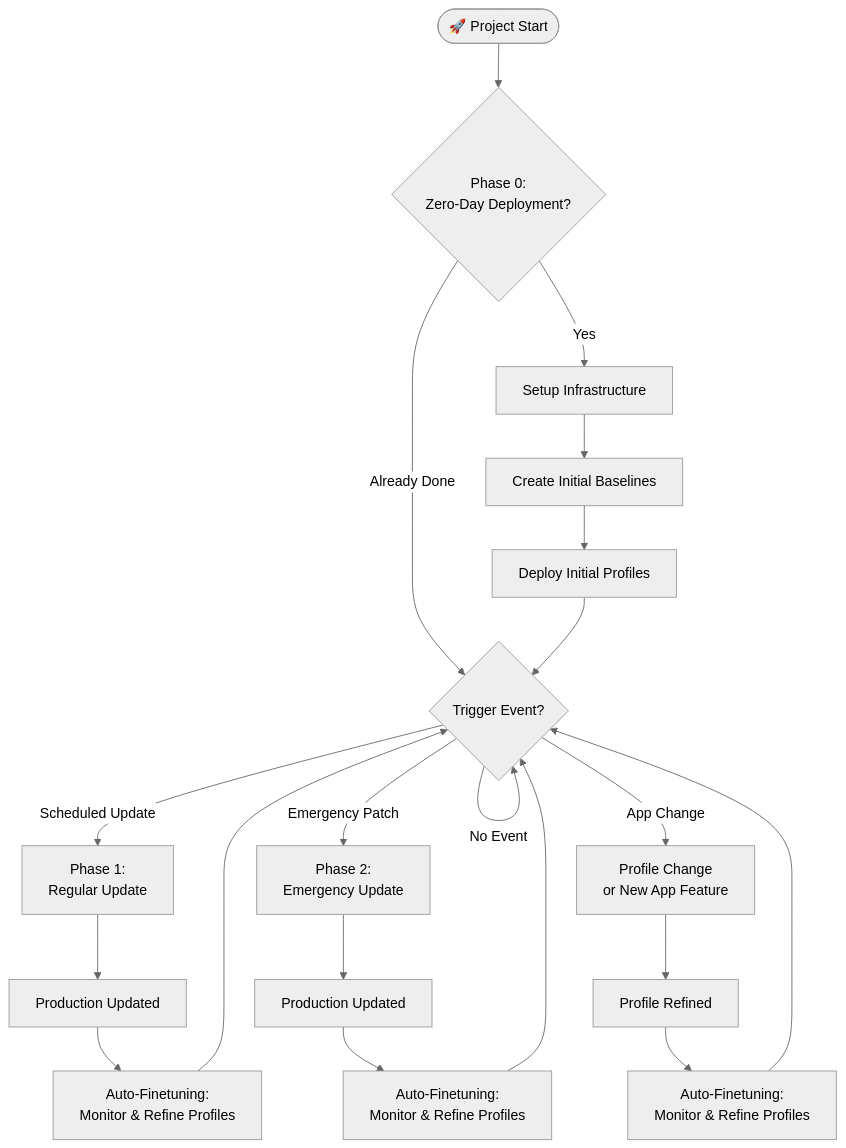
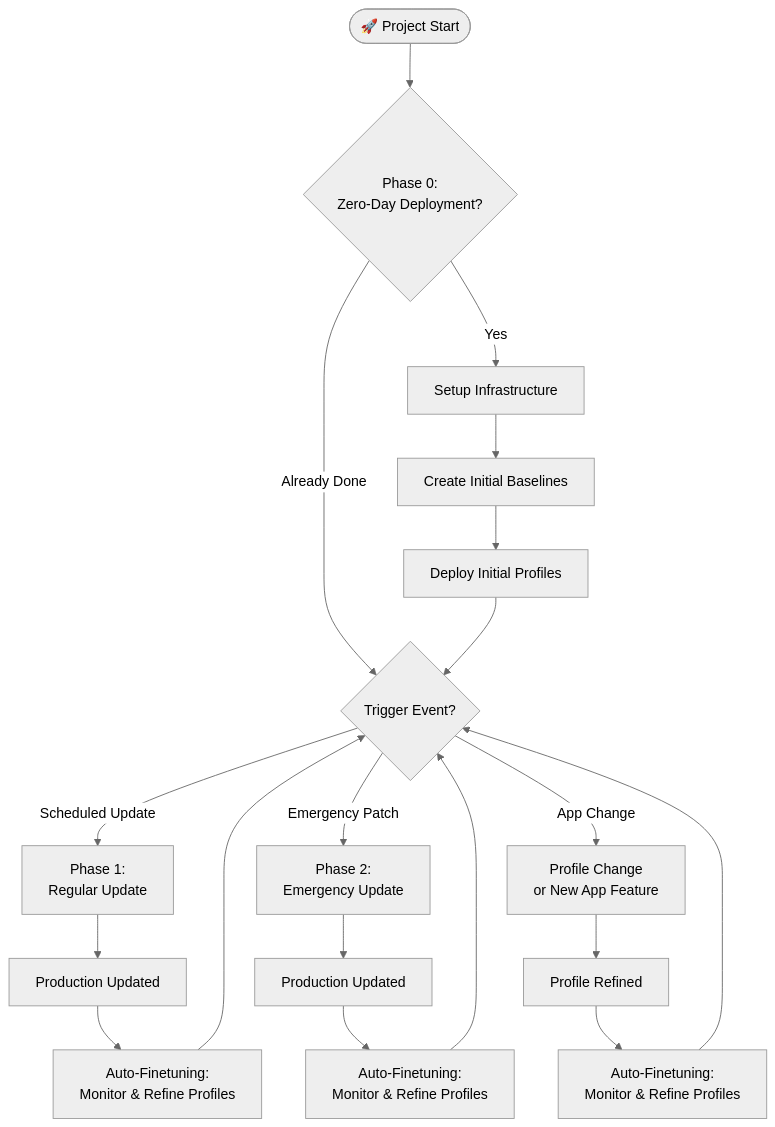
One commit to jimmyloi1025/apparmor_automation changed the first of 15 diagrams in COMPLETE_WORKFLOW.md. Above: the diagram before and after it, drawn with Mermaid (neutral theme). The commit also changed other lines of this file, not shown here.

````diff
--- a/COMPLETE_WORKFLOW.md
+++ b/COMPLETE_WORKFLOW.md
@@ -53,42 +53,41 @@
 ```mermaid
 flowchart TB
     A([🚀 Project Start])
     B{Phase 0:<br>Zero-Day Deployment?}
     C[Setup Infrastructure]
     D[Create Initial Baselines]
     E[Deploy Initial Profiles]
     G{Trigger Event?}
     H1[Phase 1:<br>Regular Update]
     H2[Phase 2:<br>Emergency Update]
     H3[Profile Change<br>or New App Feature]
     I1[Production Updated]
     I2[Production Updated]
     I3[Profile Refined]
     J1[Auto-Finetuning:<br>Monitor & Refine Profiles]
     J2[Auto-Finetuning:<br>Monitor & Refine Profiles]
     J3[Auto-Finetuning:<br>Monitor & Refine Profiles]
 
     A --> B
     B -- Yes --> C
     B -- Already Done --> G
     C --> D
     D --> E
     E --> G
 
     G -- Scheduled Update --> H1
     G -- Emergency Patch --> H2
     G -- App Change --> H3
-    G -- No Event --> G
 
     H1 --> I1
     H2 --> I2
     H3 --> I3
 
     I1 --> J1
     I2 --> J2
     I3 --> J3
 
     J1 --> G
     J2 --> G
     J3 --> G
 ```
````
